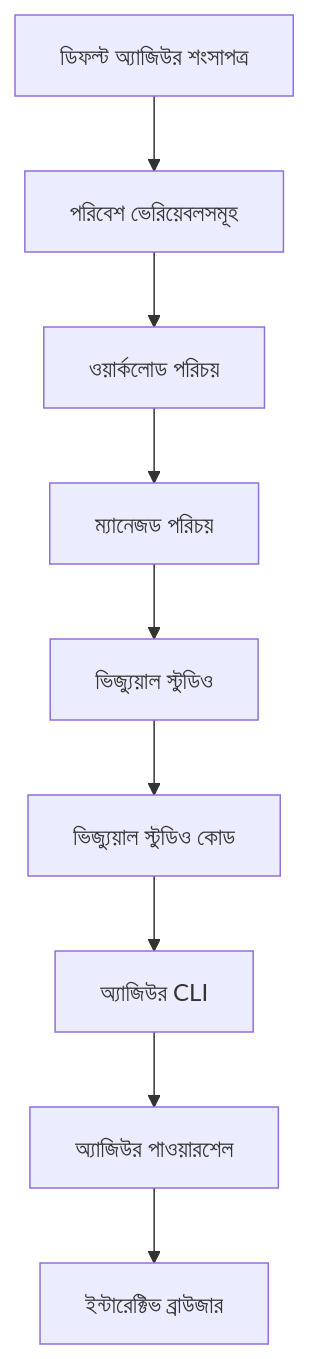
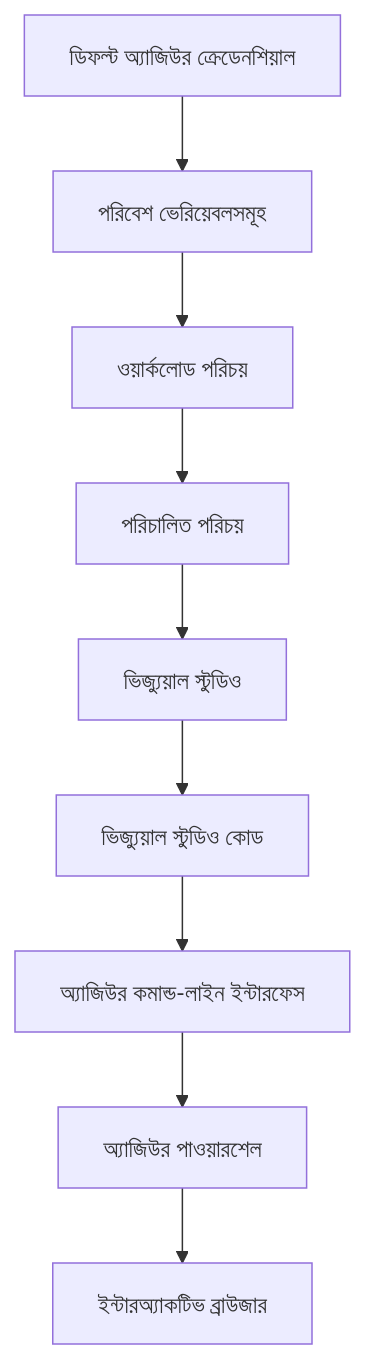
Before and after one commit to microsoft/AZD-for-beginners: the second of 2 diagrams in translations/bn/docs/chapter-01-foundation/azd-basics.md, drawn with Mermaid. The commit also changed other lines of this file and 101 other files, not shown here.

````diff
--- a/translations/bn/docs/chapter-01-foundation/azd-basics.md
+++ b/translations/bn/docs/chapter-01-foundation/azd-basics.md
@@ -555,11 +592,11 @@
 ```mermaid
 graph TD
-    A[ডিফল্ট অ্যাজিউর শংসাপত্র] --> B[পরিবেশ ভেরিয়েবলসমূহ]
+    A[ডিফল্ট অ্যাজিউর ক্রেডেনশিয়াল] --> B[পরিবেশ ভেরিয়েবলসমূহ]
     B --> C[ওয়ার্কলোড পরিচয়]
-    C --> D[ম্যানেজড পরিচয়]
+    C --> D[পরিচালিত পরিচয়]
     D --> E[ভিজ্যুয়াল স্টুডিও]
     E --> F[ভিজ্যুয়াল স্টুডিও কোড]
-    F --> G[অ্যাজিউর CLI]
+    F --> G[অ্যাজিউর কমান্ড-লাইন ইন্টারফেস]
     G --> H[অ্যাজিউর পাওয়ারশেল]
-    H --> I[ইন্টারেক্টিভ ব্রাউজার]
+    H --> I[ইন্টারঅ্যাকটিভ ব্রাউজার]
 ```
````
